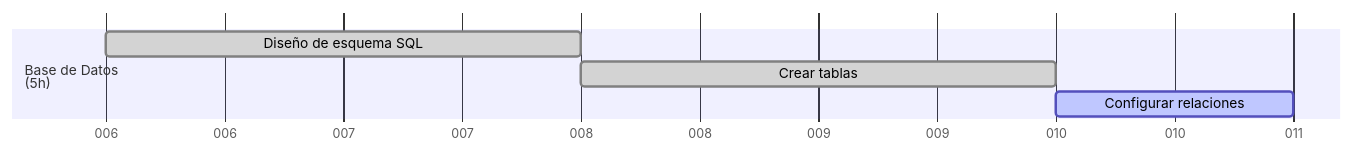
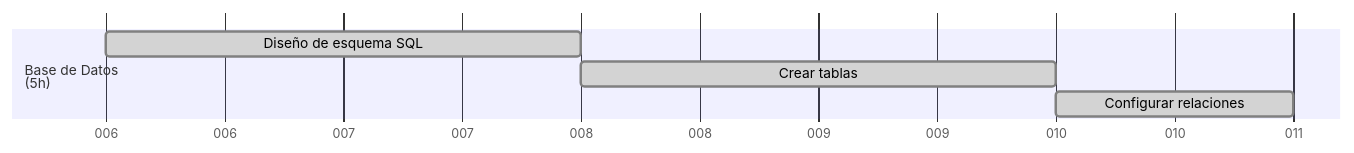
The second of 9 diagrams in .md/readme.md (Covija97/badentracker), drawn with Mermaid before and after one commit. The commit also changed other lines of this file, not shown here.

````diff
--- a/.md/readme.md
+++ b/.md/readme.md
@@ -30,10 +30,10 @@
 ```mermaid
 gantt
     dateFormat  DDD
     axisFormat %j
 
     section Base de Datos<br>(5h)
     Diseño de esquema SQL       :done, 01-06, 2d
     Crear tablas                :done, 01-08, 2d
-    Configurar relaciones        :active, 01-10, 1d
+    Configurar relaciones       :done, 01-10, 1d
 ```
````
